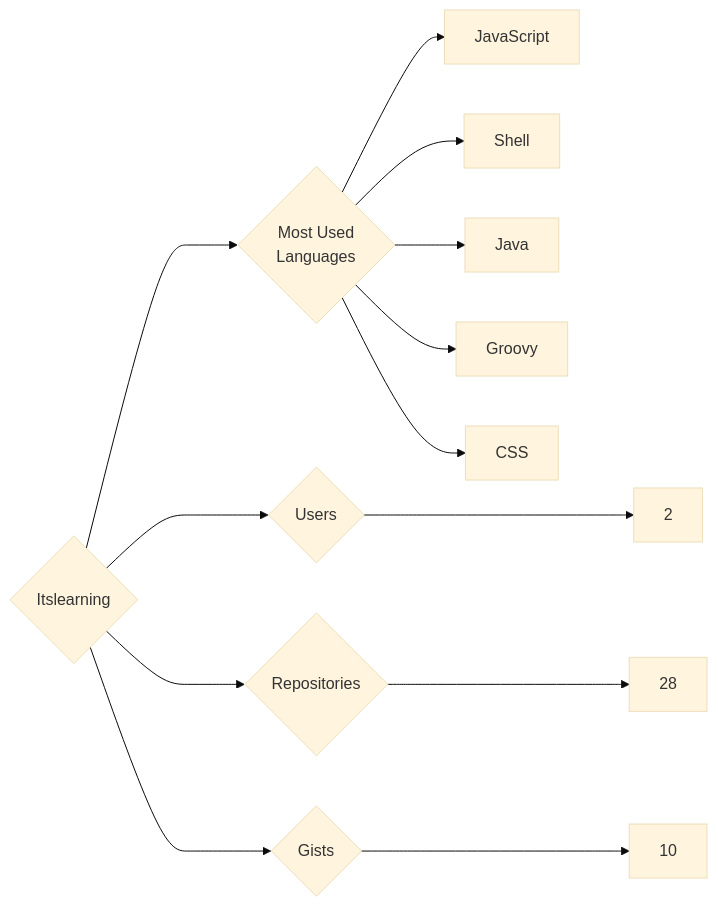
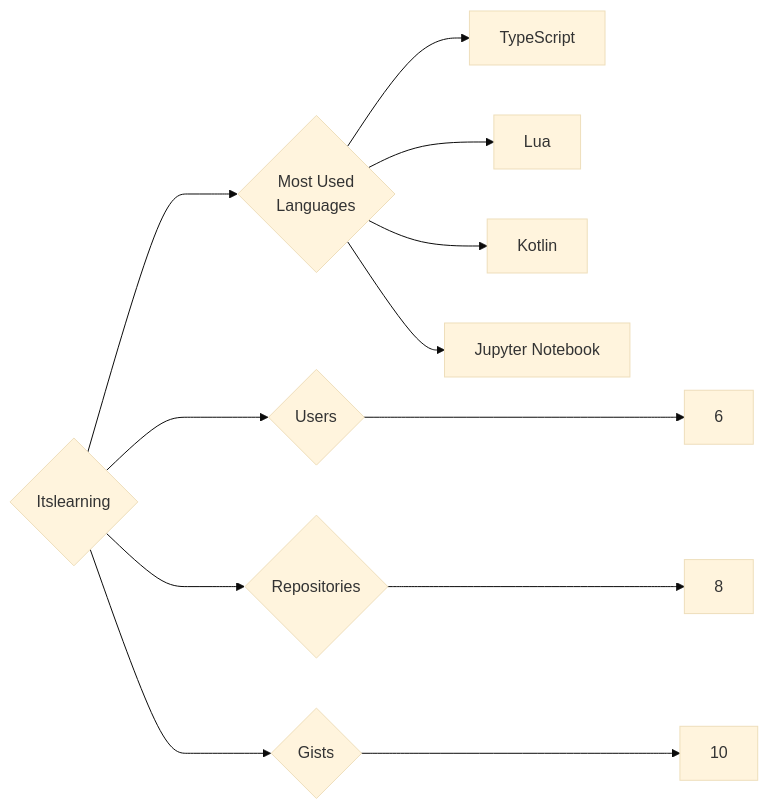
The diagram in targets/Itslearning/README.md (trickest/insiders), drawn with Mermaid (base theme) before and after one commit. The commit also changed 1314 other files, not shown here.

````diff
--- a/targets/Itslearning/README.md
+++ b/targets/Itslearning/README.md
@@ -3,13 +3,12 @@
 ```mermaid
 graph LR
 COMPANY_NAME{Itslearning}
-COMPANY_NAME ---> U{Users} ---> UN[2]
-COMPANY_NAME ---> R{Repositories} ---> RN[28]
+COMPANY_NAME ---> U{Users} ---> UN[6]
+COMPANY_NAME ---> R{Repositories} ---> RN[8]
 COMPANY_NAME ---> G{Gists} ---> GN[10]
 COMPANY_NAME ---> ML{Most Used<br>Languages}
-ML --> JavaScript[JavaScript]
-ML --> Shell[Shell]
-ML --> Java[Java]
-ML --> Groovy[Groovy]
-ML --> CSS[CSS]
+ML --> TypeScript[TypeScript]
+ML --> Lua[Lua]
+ML --> Kotlin[Kotlin]
+ML --> Jupyter_Notebook[Jupyter Notebook]
 ```
````
